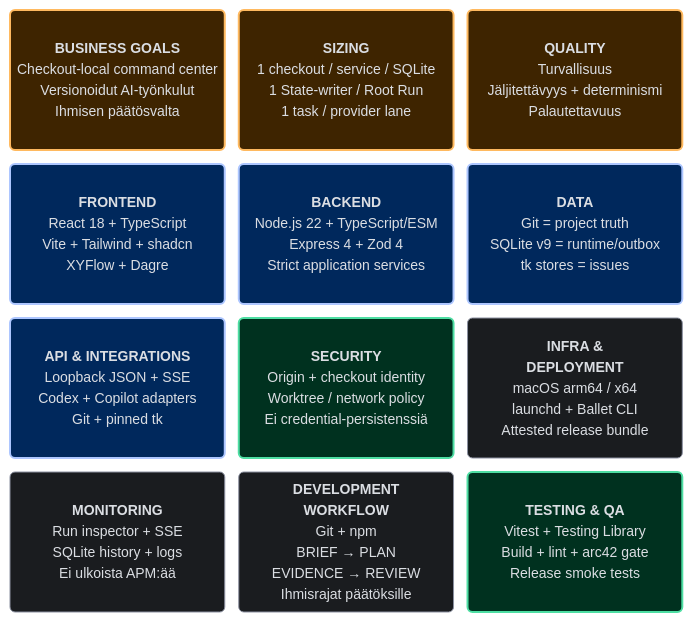
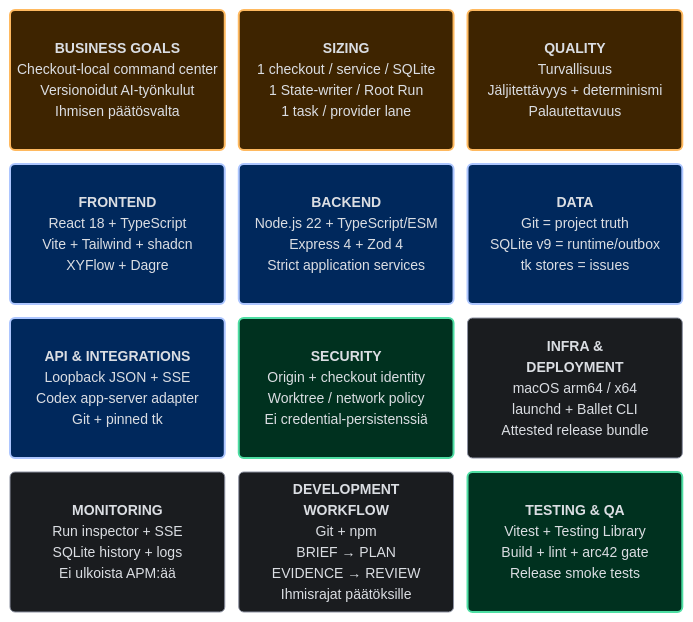
Before and after one commit to isinisalo/ballet: the diagram in .ballet/arc42/canvases/TECH-STACK-CANVAS.md, drawn with Mermaid. The commit also changed other lines of this file and 135 other files, not shown here.

````diff
--- a/.ballet/arc42/canvases/TECH-STACK-CANVAS.md
+++ b/.ballet/arc42/canvases/TECH-STACK-CANVAS.md
@@ -29,43 +29,43 @@
 ```mermaid
 ---
 config:
   theme: base
   htmlLabels: true
   themeCSS: |
     .nodeLabel, .label, text, span, p { font-family: Inter, Arial, sans-serif !important; }
   themeVariables:
     background: '#0c0e11'
     primaryColor: '#111316'
     primaryTextColor: '#e2e2e6'
     primaryBorderColor: '#414755'
     fontFamily: 'Arial, sans-serif'
     fontSize: '14px'
   block:
     padding: 14
 ---
 block
   columns 3
   goals("<b>BUSINESS GOALS</b><br/>Checkout-local command center<br/>Versionoidut AI-työnkulut<br/>Ihmisen päätösvalta")
   sizing("<b>SIZING</b><br/>1 checkout / service / SQLite<br/>1 State-writer / Root Run<br/>1 task / provider lane")
   quality("<b>QUALITY</b><br/>Turvallisuus<br/>Jäljitettävyys + determinismi<br/>Palautettavuus")
   frontend("<b>FRONTEND</b><br/>React 18 + TypeScript<br/>Vite + Tailwind + shadcn<br/>XYFlow + Dagre")
 
   backend("<b>BACKEND</b><br/>Node.js 22 + TypeScript/ESM<br/>Express 4 + Zod 4<br/>Strict application services")
   data("<b>DATA</b><br/>Git = project truth<br/>SQLite v9 = runtime/outbox<br/>tk stores = issues")
-  api("<b>API & INTEGRATIONS</b><br/>Loopback JSON + SSE<br/>Codex + Copilot adapters<br/>Git + pinned tk")
+  api("<b>API & INTEGRATIONS</b><br/>Loopback JSON + SSE<br/>Codex app-server adapter<br/>Git + pinned tk")
   security("<b>SECURITY</b><br/>Origin + checkout identity<br/>Worktree / network policy<br/>Ei credential-persistenssiä")
 
   infra("<b>INFRA &<br/>DEPLOYMENT</b><br/>macOS arm64 / x64<br/>launchd + Ballet CLI<br/>Attested release bundle")
   monitoring("<b>MONITORING</b><br/>Run inspector + SSE<br/>SQLite history + logs<br/>Ei ulkoista APM:ää")
   workflow("<b>DEVELOPMENT<br/>WORKFLOW</b><br/>Git + npm<br/>BRIEF → PLAN<br/>EVIDENCE → REVIEW<br/>Ihmisrajat päätöksille")
   testing("<b>TESTING & QA</b><br/>Vitest + Testing Library<br/>Build + lint + arc42 gate<br/>Release smoke tests")
 
   classDef intent fill:#3e2400,stroke:#ffb95f,color:#ffddb8,stroke-width:2px;
   classDef architecture fill:#00285c,stroke:#adc6ff,color:#d8e2ff,stroke-width:2px;
   classDef control fill:#00311f,stroke:#4edea3,color:#6ffbbe,stroke-width:2px;
   classDef operations fill:#1a1c1f,stroke:#8b90a0,color:#e2e2e6,stroke-width:1px;
   class goals,sizing,quality intent
   class frontend,backend,data,api architecture
   class security,testing control
   class infra,monitoring,workflow operations
 ```
````
